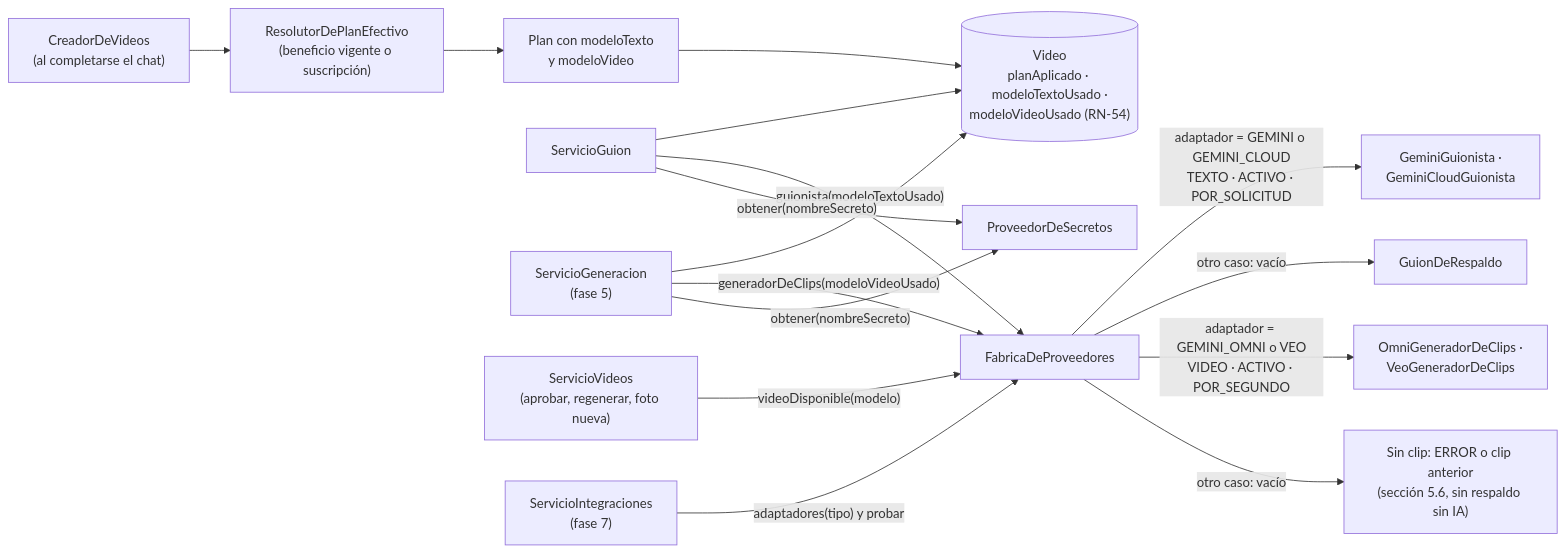
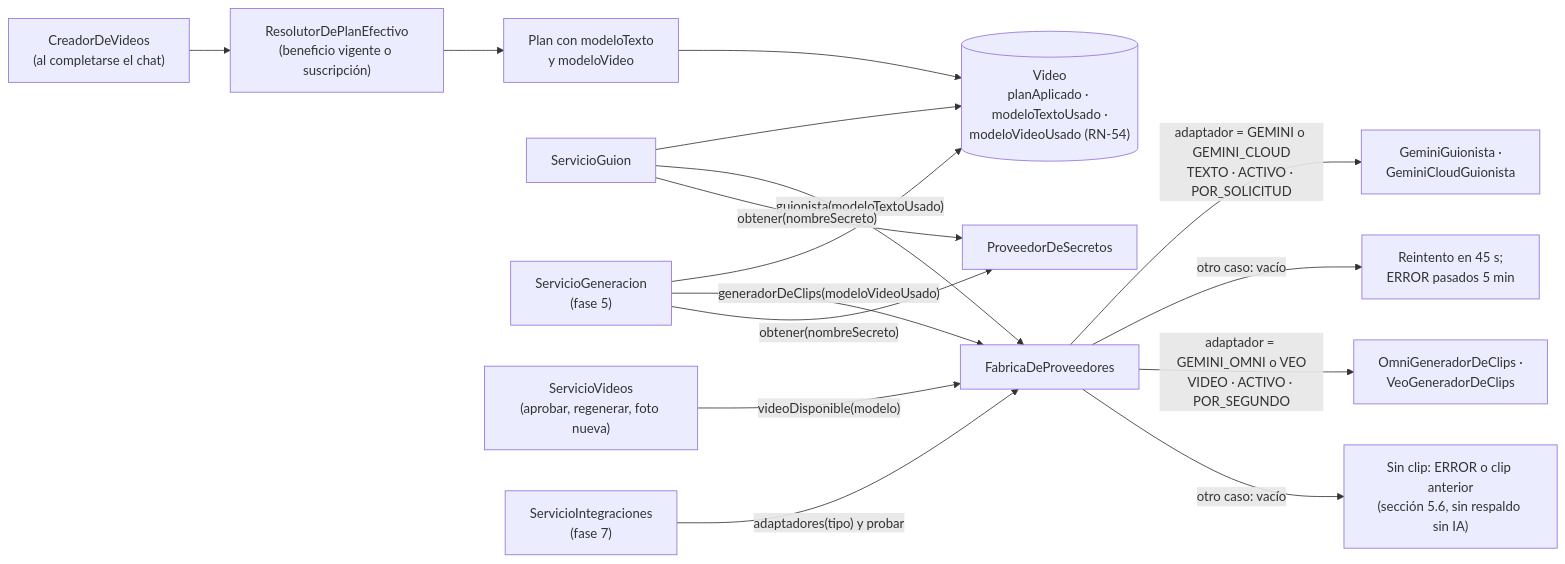
Before and after one commit to fabio2152/autoreel: diagram 20 of 27 in docs/arquitectura.md, drawn with Mermaid. The commit also changed other lines of this file and 58 other files, not shown here.

````diff
--- a/docs/arquitectura.md
+++ b/docs/arquitectura.md
@@ -1550,20 +1600,20 @@
 ```mermaid
 flowchart LR
     classDef futuro stroke-dasharray: 5 5,color:#888
 
     creador["CreadorDeVideos<br/>(al completarse el chat)"] --> resolutor["ResolutorDePlanEfectivo<br/>(beneficio vigente o suscripción)"]
     resolutor --> plan["Plan con modeloTexto<br/>y modeloVideo"]
     plan --> video[("Video<br/>planAplicado · modeloTextoUsado ·<br/>modeloVideoUsado (RN-54)")]
     guion["ServicioGuion"] --> video
     guion -- "guionista(modeloTextoUsado)" --> fabrica["FabricaDeProveedores"]
     fabrica -- "adaptador = GEMINI o GEMINI_CLOUD<br/>TEXTO · ACTIVO · POR_SOLICITUD" --> gemini["GeminiGuionista ·<br/>GeminiCloudGuionista"]
-    fabrica -- "otro caso: vacío" --> respaldo["GuionDeRespaldo"]
+    fabrica -- "otro caso: vacío" --> espera["Reintento en 45 s;<br/>ERROR pasados 5 min"]
     guion -- "obtener(nombreSecreto)" --> secretos["ProveedorDeSecretos"]
     generacion["ServicioGeneracion<br/>(fase 5)"] --> video
     generacion -- "generadorDeClips(modeloVideoUsado)" --> fabrica
     fabrica -- "adaptador = GEMINI_OMNI o VEO<br/>VIDEO · ACTIVO · POR_SEGUNDO" --> clips["OmniGeneradorDeClips ·<br/>VeoGeneradorDeClips"]
     fabrica -- "otro caso: vacío" --> sinclip["Sin clip: ERROR o clip anterior<br/>(sección 5.6, sin respaldo sin IA)"]
     generacion -- "obtener(nombreSecreto)" --> secretos
     revision["ServicioVideos<br/>(aprobar, regenerar, foto nueva)"] -- "videoDisponible(modelo)" --> fabrica
     integraciones["ServicioIntegraciones<br/>(fase 7)"] -- "adaptadores(tipo) y probar" --> fabrica
 ```
````
